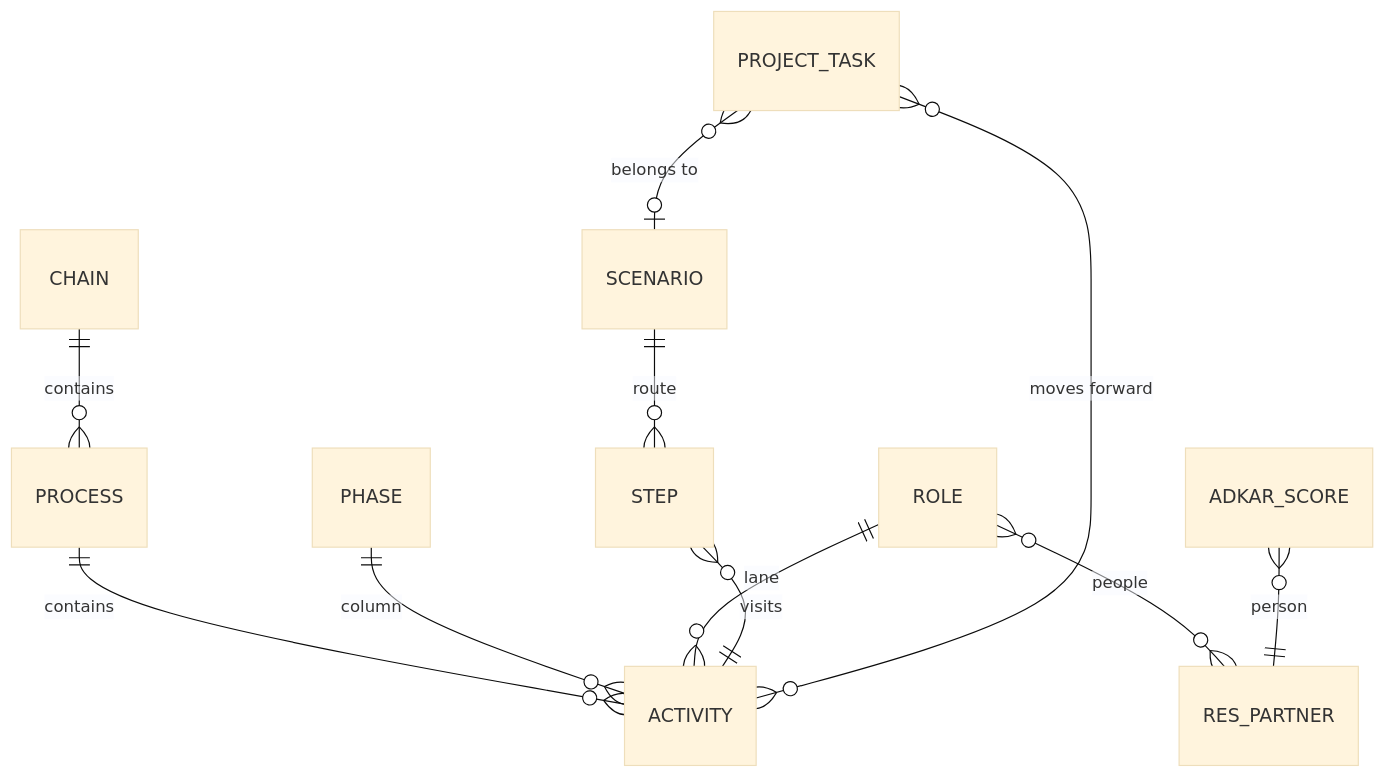
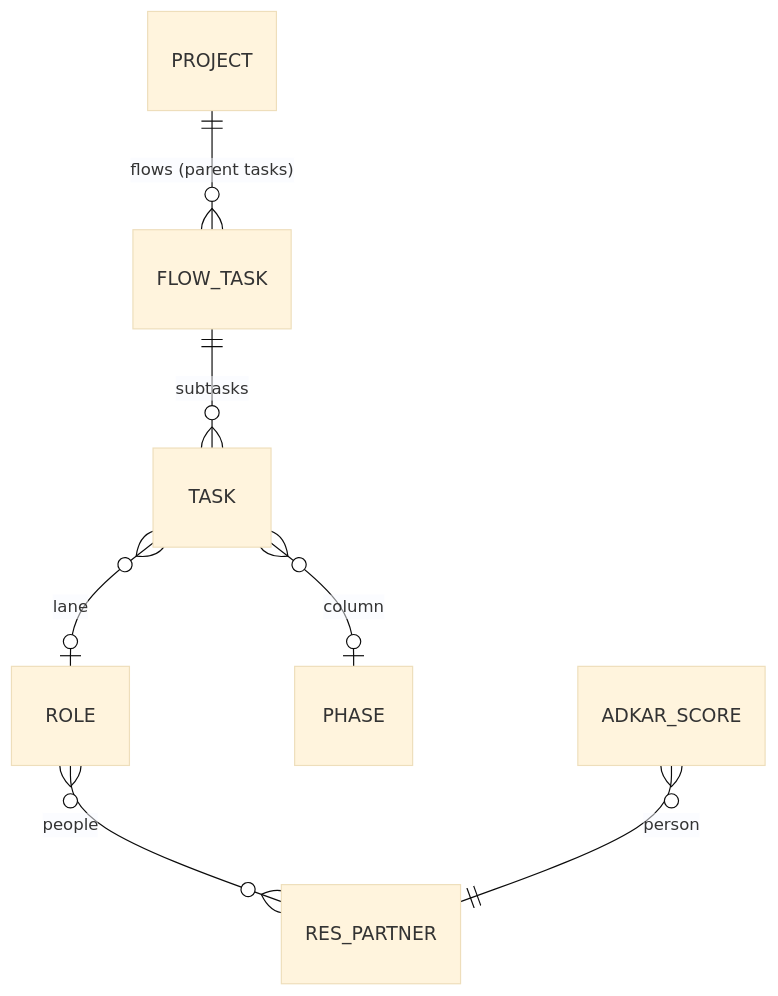
The diagram in docs/data-model.md (pantalytics/odoo-insights-pro), drawn with Mermaid (base theme) before and after one commit. The commit also changed other lines of this file, not shown here.

First line of the commit message:
Data model v2.0: everything is a task (#22)

````diff
--- a/docs/data-model.md
+++ b/docs/data-model.md
@@ -8,13 +8,9 @@
 ```mermaid
 erDiagram
-    CHAIN ||--o{ PROCESS : contains
-    PROCESS ||--o{ ACTIVITY : contains
-    PHASE ||--o{ ACTIVITY : "column"
-    ROLE ||--o{ ACTIVITY : "lane"
+    PROJECT ||--o{ FLOW_TASK : "flows (parent tasks)"
+    FLOW_TASK ||--o{ TASK : "subtasks"
+    TASK }o--o| ROLE : "lane"
+    TASK }o--o| PHASE : "column"
     ROLE }o--o{ RES_PARTNER : "people"
-    SCENARIO ||--o{ STEP : route
-    STEP }o--|| ACTIVITY : visits
-    PROJECT_TASK }o--o{ ACTIVITY : "moves forward"
-    PROJECT_TASK }o--o| SCENARIO : "belongs to"
     ADKAR_SCORE }o--|| RES_PARTNER : person
 ```
````
